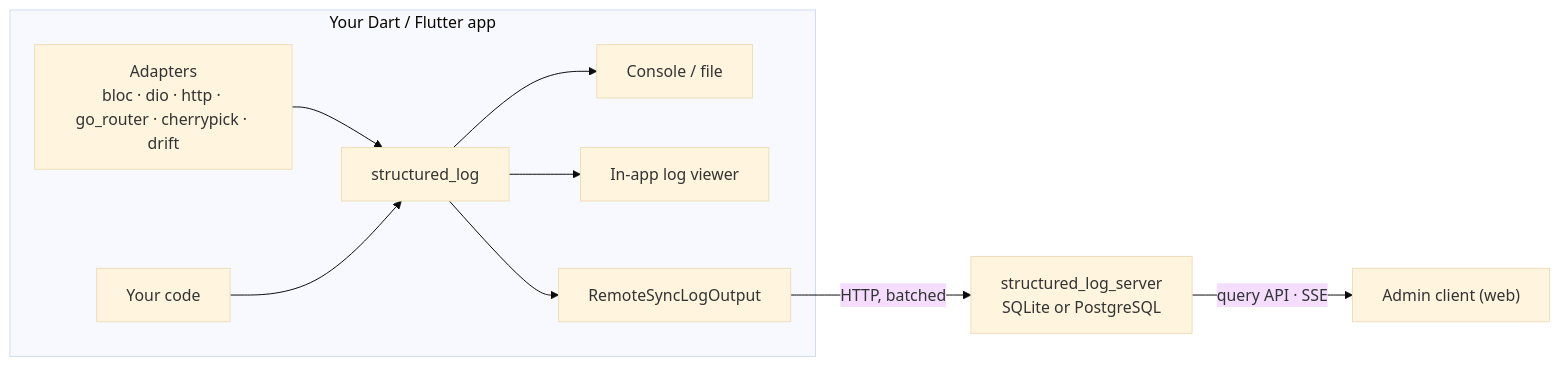
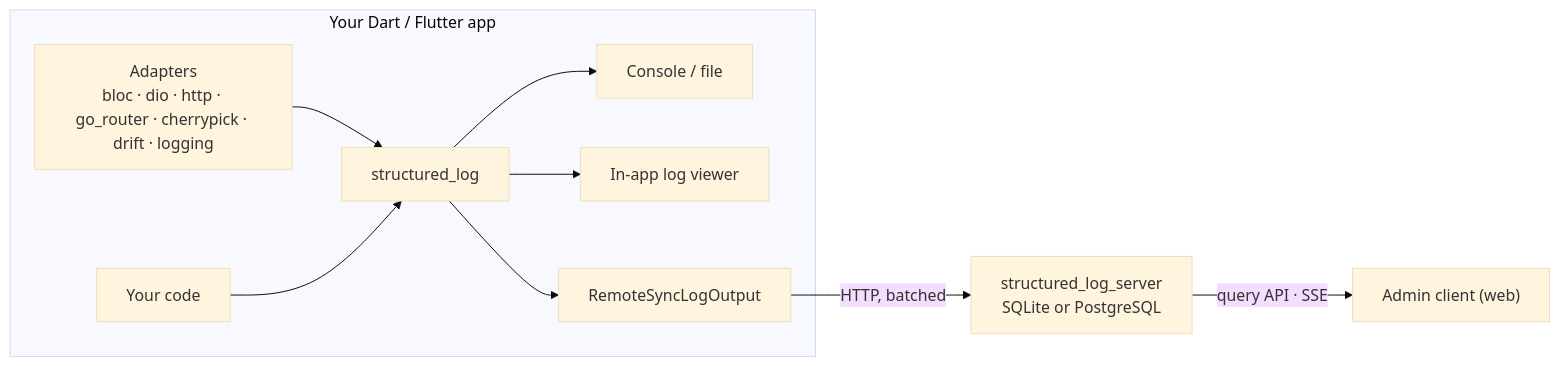
One commit to pese-git/structured_log changed the diagram in README.md. Above: the diagram before and after it, drawn with Mermaid (base theme). The commit also changed other lines of this file and 47 other files, not shown here.

First line of the commit message:
feat(structured_log_logging): add a bridge from package:logging (#108)

````diff
--- a/README.md
+++ b/README.md
@@ -100,12 +102,12 @@
 ```mermaid
 flowchart LR
   subgraph app["Your Dart / Flutter app"]
-    A["Adapters<br/>bloc · dio · http · go_router · cherrypick · drift"] --> C["structured_log"]
+    A["Adapters<br/>bloc · dio · http · go_router · cherrypick · drift · logging"] --> C["structured_log"]
     Y["Your code"] --> C
     C --> O["Console / file"]
     C --> V["In-app log viewer"]
     C --> R["RemoteSyncLogOutput"]
   end
   R -- "HTTP, batched" --> S["structured_log_server<br/>SQLite or PostgreSQL"]
   S -- "query API · SSE" --> W["Admin client (web)"]
 ```
````
